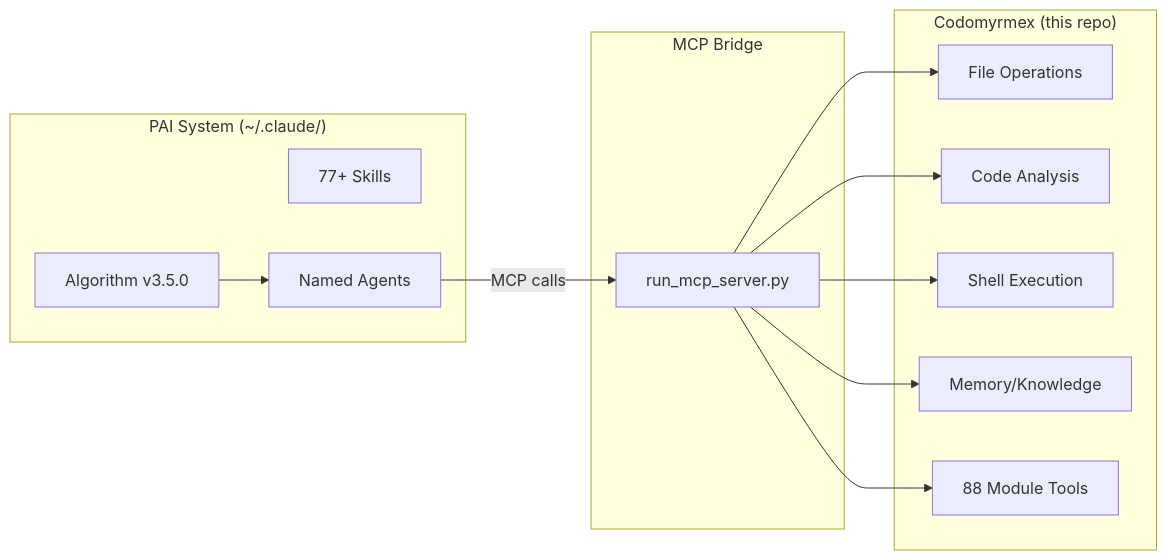
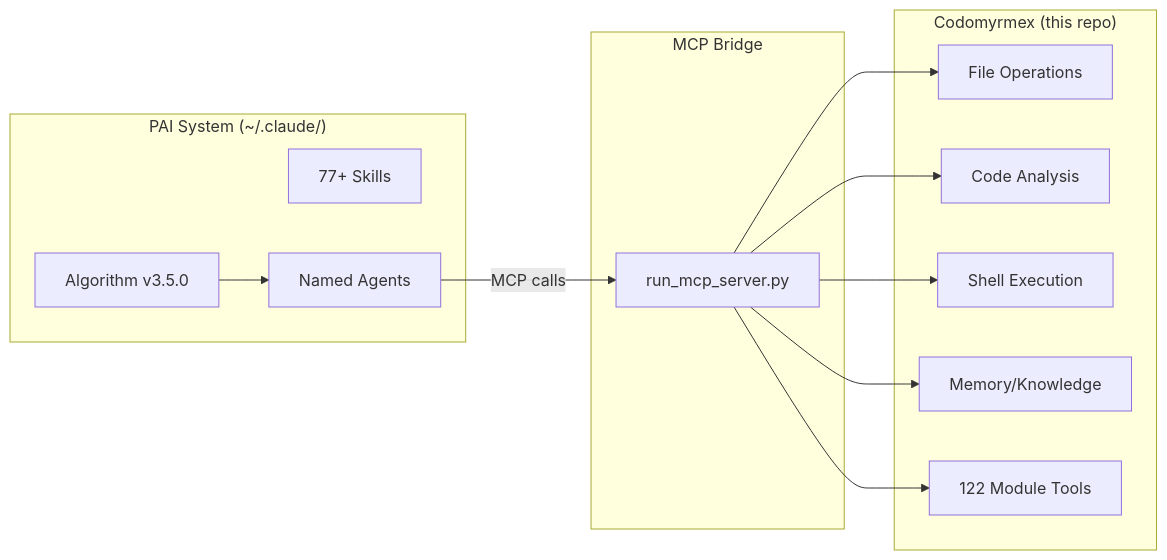
Before and after one commit to docxology/codomyrmex: the diagram in PAI.md, drawn with Mermaid. The commit also changed other lines of this file and 61 other files, not shown here.

````diff
--- a/PAI.md
+++ b/PAI.md
@@ -35,28 +35,28 @@
 ```mermaid
 graph LR
     subgraph PAI ["PAI System (~/.claude/)"]
         Algo["Algorithm v3.5.0"]
         Skills["77+ Skills"]
         Agents["Named Agents"]
     end
 
     subgraph Bridge ["MCP Bridge"]
         Server["run_mcp_server.py"]
     end
 
     subgraph Codomyrmex ["Codomyrmex (this repo)"]
         FileOps["File Operations"]
         CodeAnalysis["Code Analysis"]
         Shell["Shell Execution"]
         Memory["Memory/Knowledge"]
-        Modules["88 Module Tools"]
+        Modules["122 Module Tools"]
     end
 
     Algo --> Agents
     Agents -->|"MCP calls"| Server
     Server --> FileOps
     Server --> CodeAnalysis
     Server --> Shell
     Server --> Memory
     Server --> Modules
 ```
````
